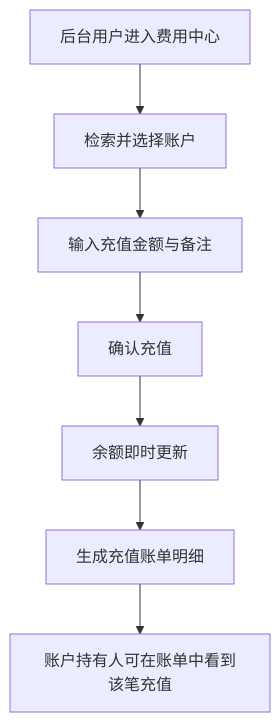
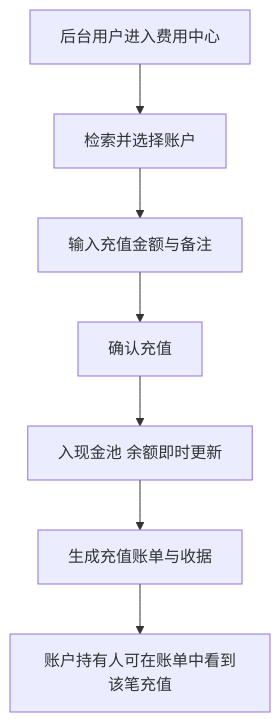
The third of 5 diagrams in docs/product/draft/20261018-credits-billing.md (Deliay/z-agent-gear), drawn with Mermaid before and after one commit. The commit also changed other lines of this file and 1 other file, not shown here.

````diff
--- a/docs/product/draft/20261018-credits-billing.md
+++ b/docs/product/draft/20261018-credits-billing.md
@@ -156,9 +228,9 @@
 ```mermaid
 flowchart TD
     A[后台用户进入费用中心] --> B[检索并选择账户]
     B --> C[输入充值金额与备注]
     C --> D[确认充值]
-    D --> E[余额即时更新]
-    E --> F[生成充值账单明细]
+    D --> E[入现金池 余额即时更新]
+    E --> F[生成充值账单与收据]
     F --> G[账户持有人可在账单中看到该笔充值]
 ```
````
